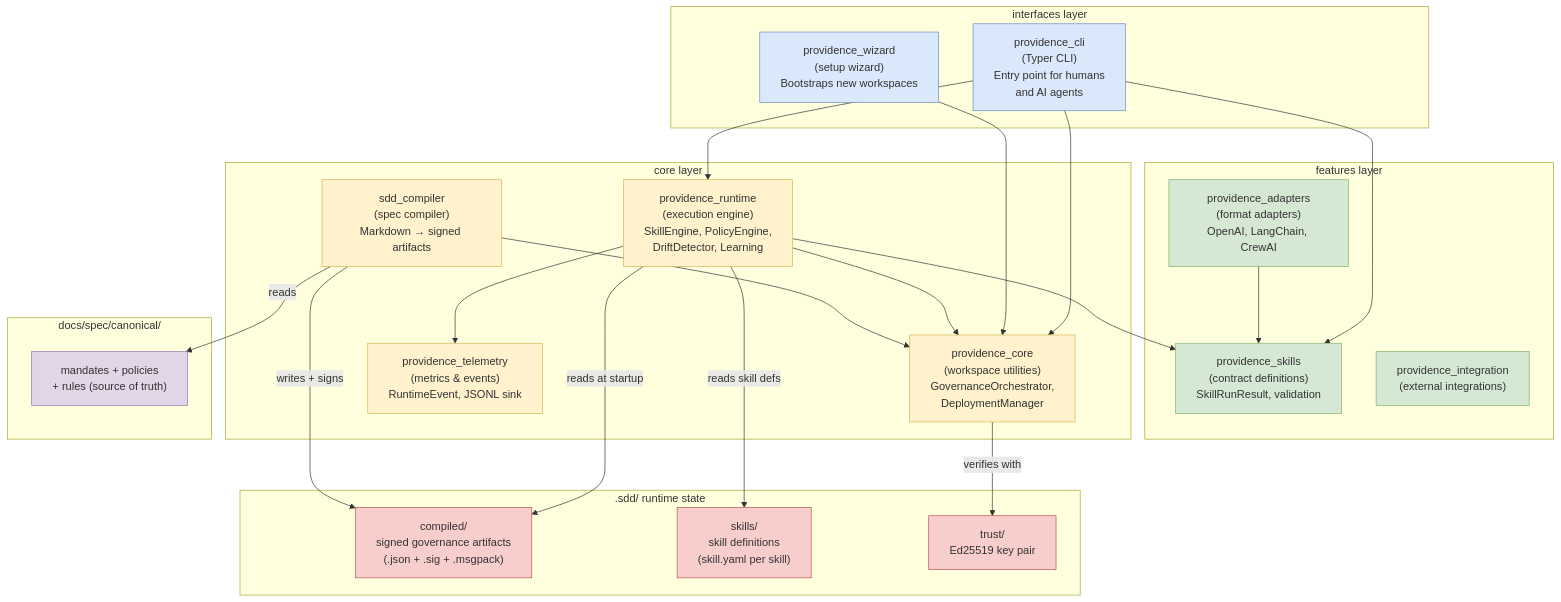
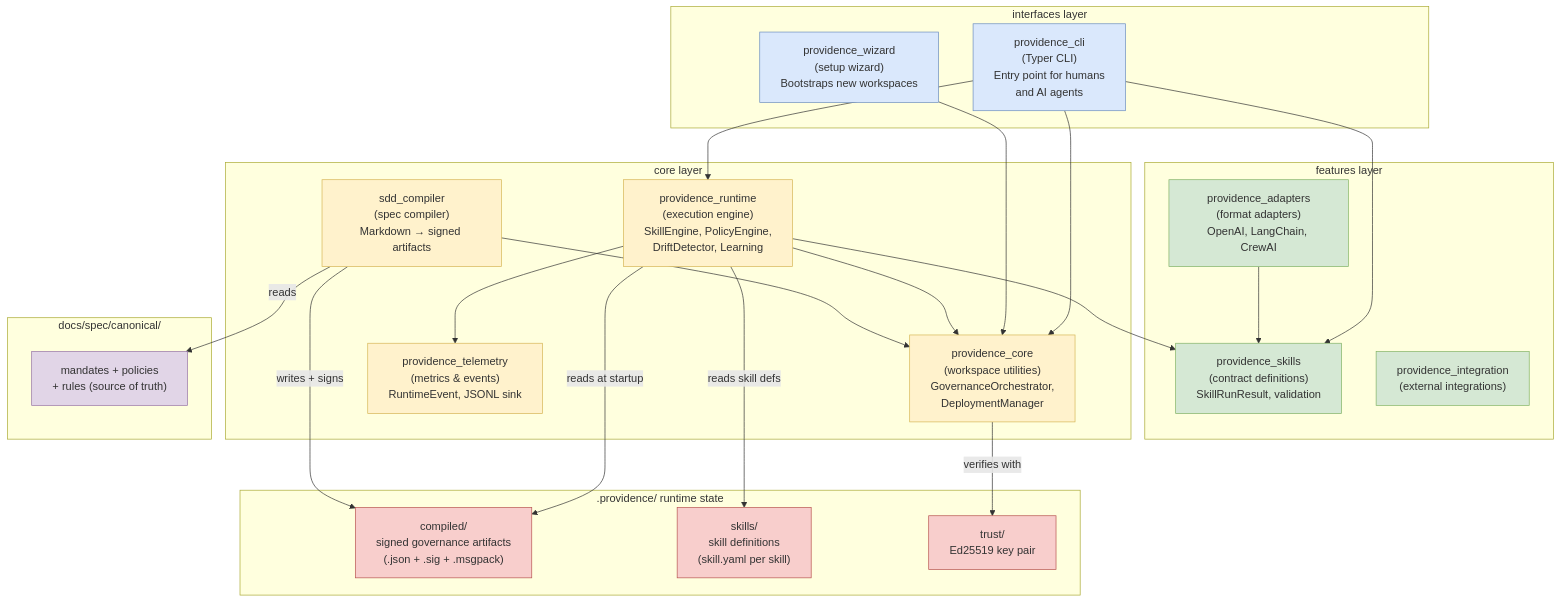
The diagram in packages/docs/architecture/c4-containers.md (SergioLacerda/sdd-harness), drawn with Mermaid before and after one commit. The commit also changed 452 other files, not shown here.

````diff
--- a/packages/docs/architecture/c4-containers.md
+++ b/packages/docs/architecture/c4-containers.md
@@ -5,57 +5,57 @@
 ```mermaid
 graph TB
     subgraph interfaces["interfaces layer"]
         providence_cli["providence_cli\n(Typer CLI)\nEntry point for humans\nand AI agents"]
         providence_wizard["providence_wizard\n(setup wizard)\nBootstraps new workspaces"]
     end
 
     subgraph features["features layer"]
         providence_skills["providence_skills\n(contract definitions)\nSkillRunResult, validation"]
         providence_adapters["providence_adapters\n(format adapters)\nOpenAI, LangChain, CrewAI"]
         providence_integration["providence_integration\n(external integrations)"]
     end
 
     subgraph core["core layer"]
         providence_runtime["providence_runtime\n(execution engine)\nSkillEngine, PolicyEngine,\nDriftDetector, Learning"]
         sdd_compiler["sdd_compiler\n(spec compiler)\nMarkdown → signed artifacts"]
         providence_core["providence_core\n(workspace utilities)\nGovernanceOrchestrator,\nDeploymentManager"]
         providence_telemetry["providence_telemetry\n(metrics & events)\nRuntimeEvent, JSONL sink"]
     end
 
-    subgraph artifacts[".sdd/ runtime state"]
+    subgraph artifacts[".providence/ runtime state"]
         compiled["compiled/\nsigned governance artifacts\n(.json + .sig + .msgpack)"]
         skills_dir["skills/\nskill definitions\n(skill.yaml per skill)"]
         trust["trust/\nEd25519 key pair"]
     end
 
     subgraph specs["docs/spec/canonical/"]
         canonical["mandates + policies\n+ rules (source of truth)"]
     end
 
     providence_cli --> providence_runtime
     providence_cli --> providence_core
     providence_cli --> providence_skills
     providence_wizard --> providence_core
     providence_runtime --> providence_skills
     providence_runtime --> providence_telemetry
     providence_runtime --> providence_core
     providence_runtime -->|"reads at startup"| compiled
     providence_runtime -->|"reads skill defs"| skills_dir
     sdd_compiler --> providence_core
     sdd_compiler -->|"writes + signs"| compiled
     sdd_compiler -->|"reads"| canonical
     providence_adapters --> providence_skills
     providence_core -->|"verifies with"| trust
 
     classDef interfaceStyle fill:#dae8fc,stroke:#6c8ebf
     classDef featureStyle fill:#d5e8d4,stroke:#82b366
     classDef coreStyle fill:#fff2cc,stroke:#d6b656
     classDef artifactStyle fill:#f8cecc,stroke:#b85450
     classDef specStyle fill:#e1d5e7,stroke:#9673a6
 
     class providence_cli,providence_wizard interfaceStyle
     class providence_skills,providence_adapters,providence_integration featureStyle
     class providence_runtime,sdd_compiler,providence_core,providence_telemetry coreStyle
     class compiled,skills_dir,trust artifactStyle
     class canonical specStyle
 ```
````
